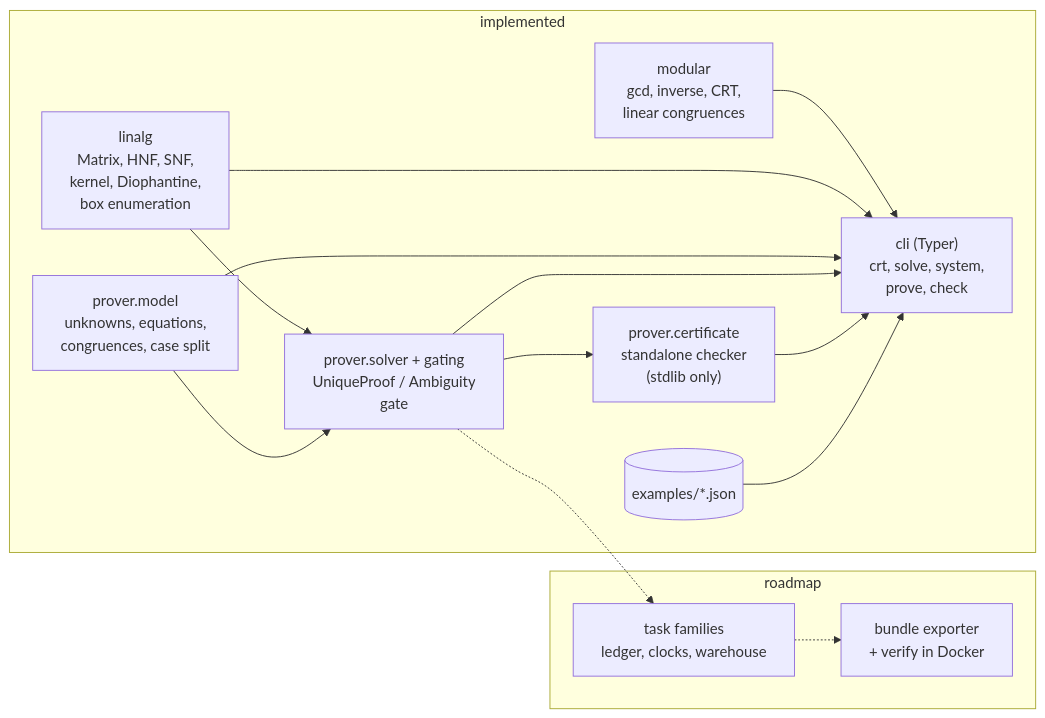
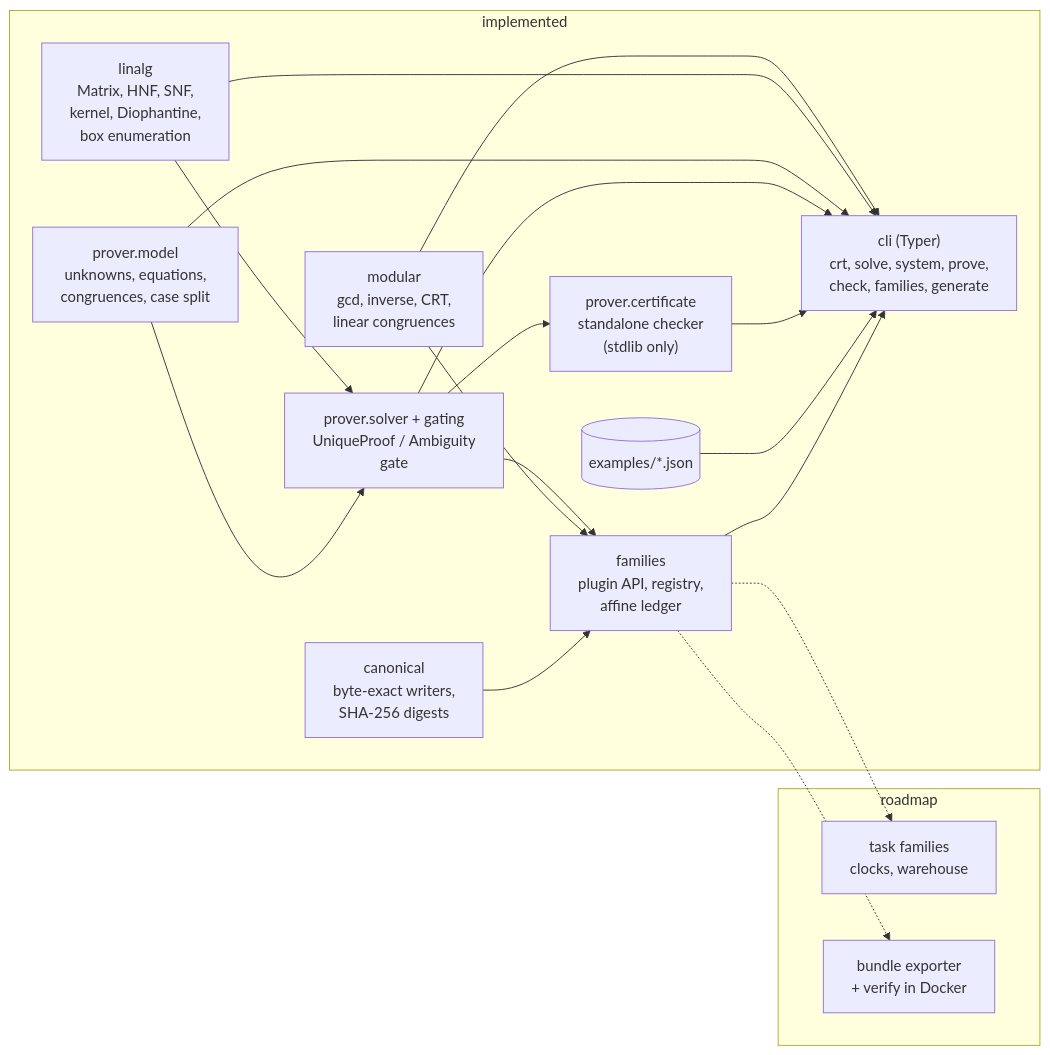
Before and after one commit to vipul21435/trapforge: the diagram in README.md, drawn with Mermaid. The commit also changed other lines of this file and 1 other file, not shown here.

First line of the commit message:
docs: document the plugin API and the affine ledger family, and mark slice 4 done

````diff
--- a/README.md
+++ b/README.md
@@ -283,27 +408,33 @@
 ```mermaid
 flowchart LR
     subgraph today["implemented"]
         MOD["modular<br/>gcd, inverse, CRT,<br/>linear congruences"]
         LIN["linalg<br/>Matrix, HNF, SNF,<br/>kernel, Diophantine,<br/>box enumeration"]
         MODEL["prover.model<br/>unknowns, equations,<br/>congruences, case split"]
         SOLVER["prover.solver + gating<br/>UniqueProof / Ambiguity<br/>gate"]
         CERT["prover.certificate<br/>standalone checker<br/>(stdlib only)"]
-        CLI["cli (Typer)<br/>crt, solve, system,<br/>prove, check"]
+        CAN["canonical<br/>byte-exact writers,<br/>SHA-256 digests"]
+        FAM["families<br/>plugin API, registry,<br/>affine ledger"]
+        CLI["cli (Typer)<br/>crt, solve, system, prove,<br/>check, families, generate"]
         EX[("examples/*.json")]
     end
     subgraph planned["roadmap"]
-        FAM["task families<br/>ledger, clocks, warehouse"]
+        MORE["task families<br/>clocks, warehouse"]
         BUNDLE["bundle exporter<br/>+ verify in Docker"]
     end
     MOD --> CLI
     LIN --> CLI
     MODEL --> CLI
     LIN --> SOLVER
     MODEL --> SOLVER
     SOLVER --> CERT
     SOLVER --> CLI
     CERT --> CLI
     EX --> CLI
-    SOLVER -.-> FAM
+    SOLVER --> FAM
+    MOD --> FAM
+    CAN --> FAM
+    FAM --> CLI
+    FAM -.-> MORE
     FAM -.-> BUNDLE
 ```
````
